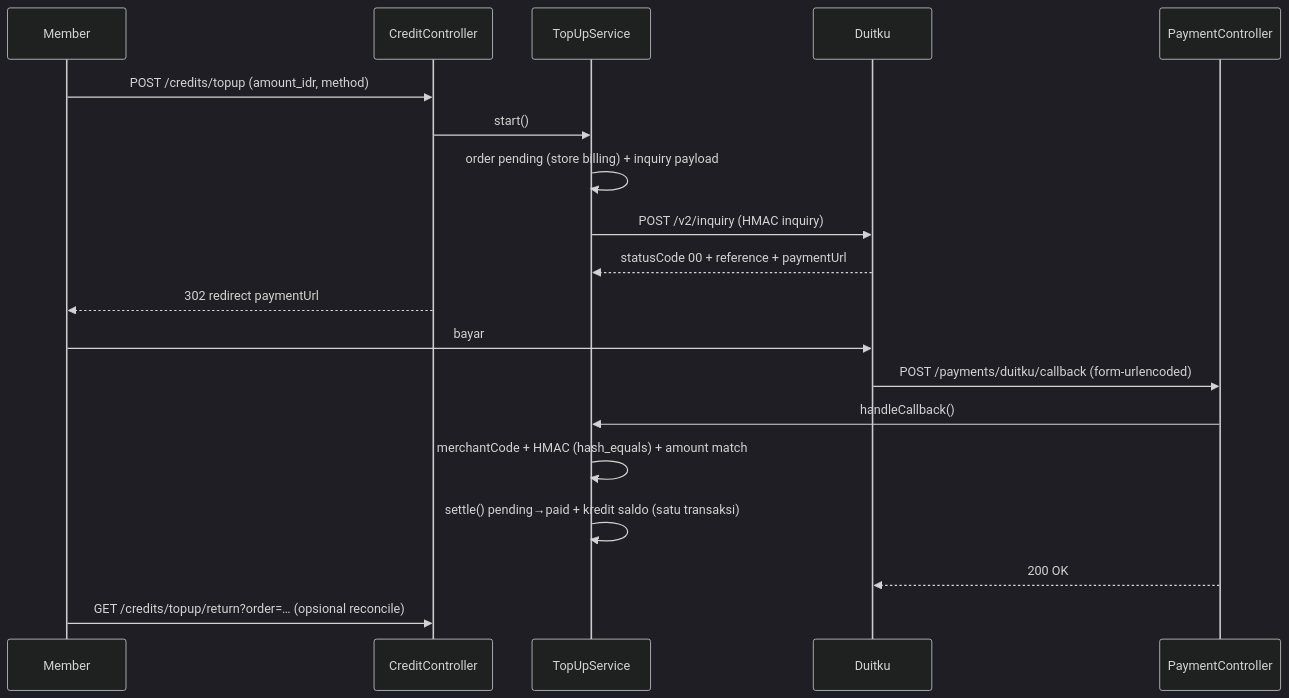
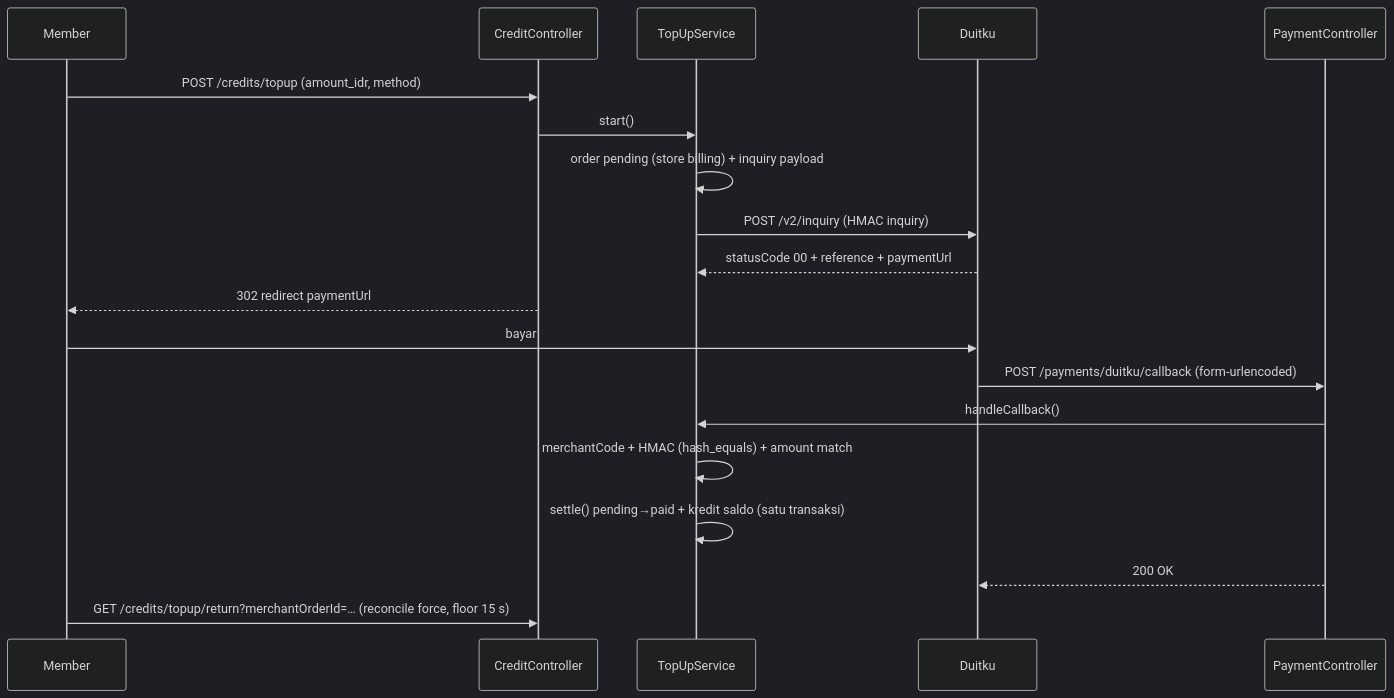
Before and after one commit to yllumi/rames: the eighth of 9 diagrams in ARCHITECTURE.md, drawn with Mermaid (dark theme). The commit also changed other lines of this file and 11 other files, not shown here.

````diff
--- a/ARCHITECTURE.md
+++ b/ARCHITECTURE.md
@@ -846,21 +846,21 @@
 ```mermaid
 sequenceDiagram
     participant M as Member
     participant C as CreditController
     participant S as TopUpService
     participant D as Duitku
     participant P as PaymentController
     M->>C: POST /credits/topup (amount_idr, method)
     C->>S: start()
     S->>S: order pending (store billing) + inquiry payload
     S->>D: POST /v2/inquiry (HMAC inquiry)
     D-->>S: statusCode 00 + reference + paymentUrl
     C-->>M: 302 redirect paymentUrl
     M->>D: bayar
     D->>P: POST /payments/duitku/callback (form-urlencoded)
     P->>S: handleCallback()
     S->>S: merchantCode + HMAC (hash_equals) + amount match
     S->>S: settle() pending→paid + kredit saldo (satu transaksi)
     P-->>D: 200 OK
-    M->>C: GET /credits/topup/return?order=… (opsional reconcile)
+    M->>C: GET /credits/topup/return?merchantOrderId=… (reconcile force, floor 15 s)
 ```
````
